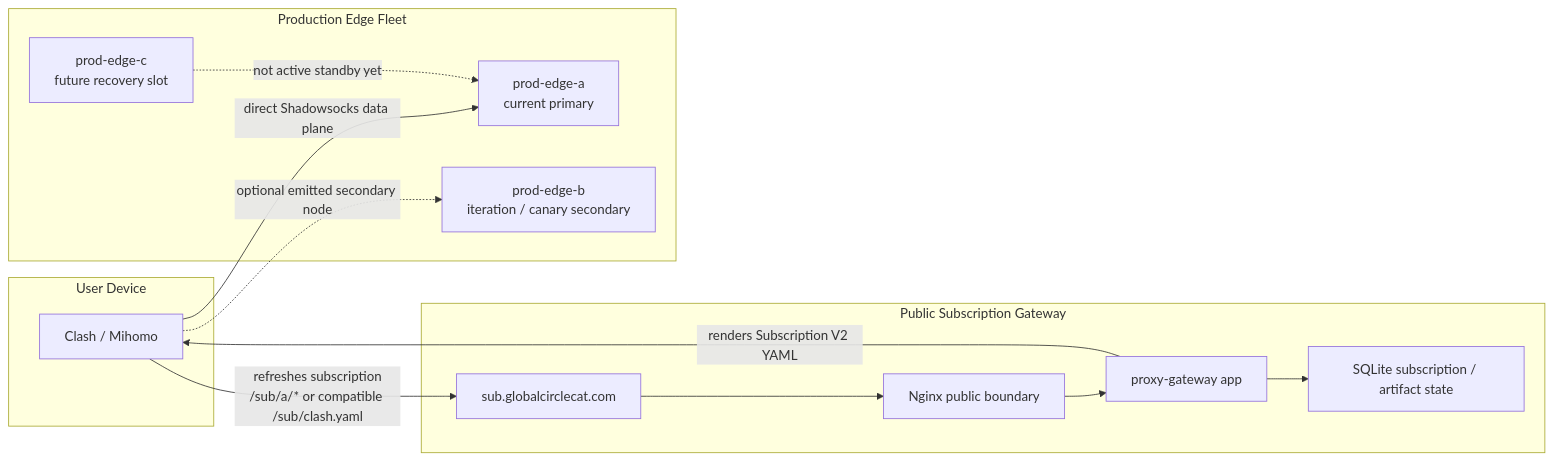
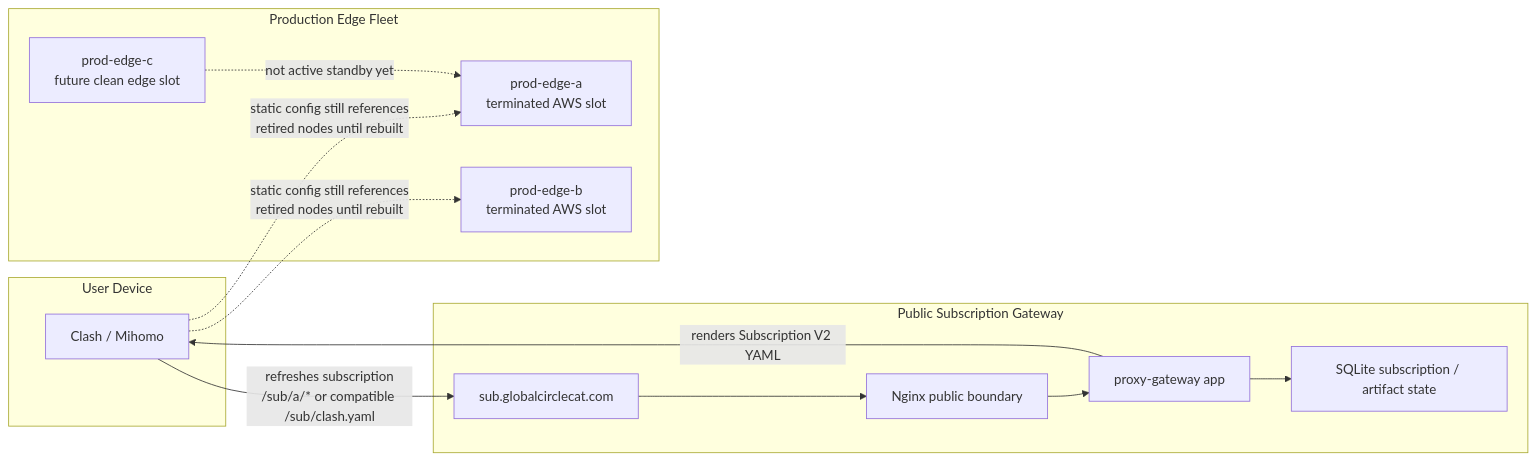
The first of 7 diagrams in docs/PROJECT_TOPOLOGY.md (FlyLink-com/proxy-gateway-minimal), drawn with Mermaid before and after one commit. The commit also changed other lines of this file and 145 other files, not shown here.

````diff
--- a/docs/PROJECT_TOPOLOGY.md
+++ b/docs/PROJECT_TOPOLOGY.md
@@ -21,26 +22,26 @@
 ```mermaid
 flowchart LR
   subgraph "User Device"
     C["Clash / Mihomo"]
   end
 
   subgraph "Public Subscription Gateway"
     D["sub.globalcirclecat.com"]
     N["Nginx public boundary"]
     A["proxy-gateway app"]
     DB["SQLite subscription / artifact state"]
   end
 
   subgraph "Production Edge Fleet"
-    E1["prod-edge-a\ncurrent primary"]
-    E2["prod-edge-b\niteration / canary secondary"]
-    E3["prod-edge-c\nfuture recovery slot"]
+    E1["prod-edge-a\nterminated AWS slot"]
+    E2["prod-edge-b\nterminated AWS slot"]
+    E3["prod-edge-c\nfuture clean edge slot"]
   end
 
   C -->|"refreshes subscription\n/sub/a/* or compatible /sub/clash.yaml"| D
   D --> N --> A --> DB
   A -->|"renders Subscription V2 YAML"| C
-  C -->|"direct Shadowsocks data plane"| E1
-  C -.->|"optional emitted secondary node"| E2
+  C -.->|"static config still references\nretired nodes until rebuilt"| E1
+  C -.->|"static config still references\nretired nodes until rebuilt"| E2
   E3 -.->|"not active standby yet"| E1
 ```
````
